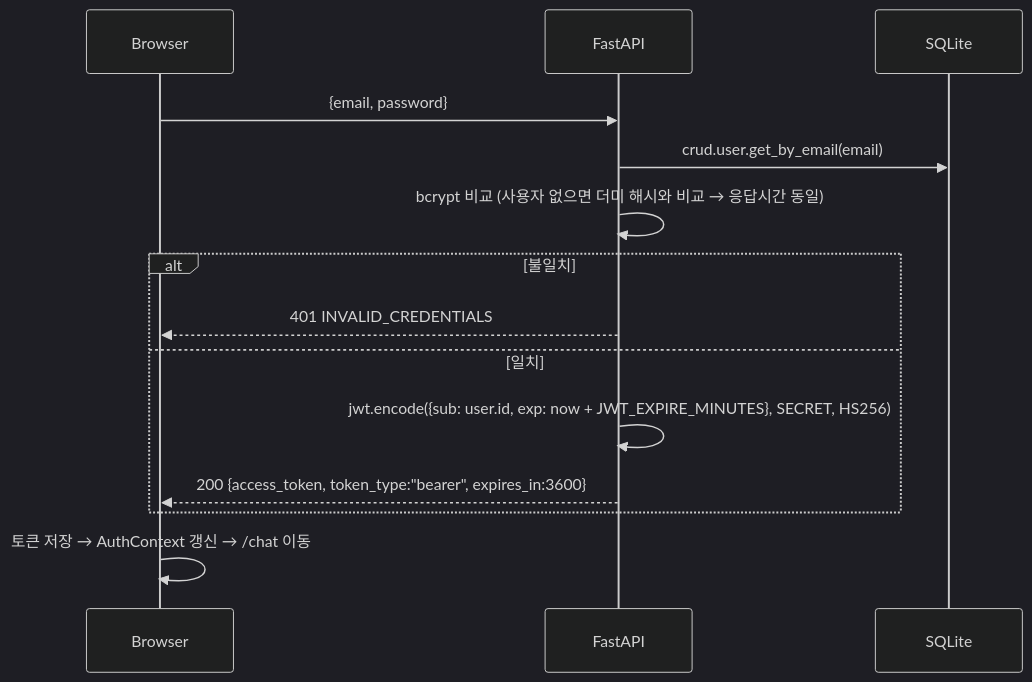
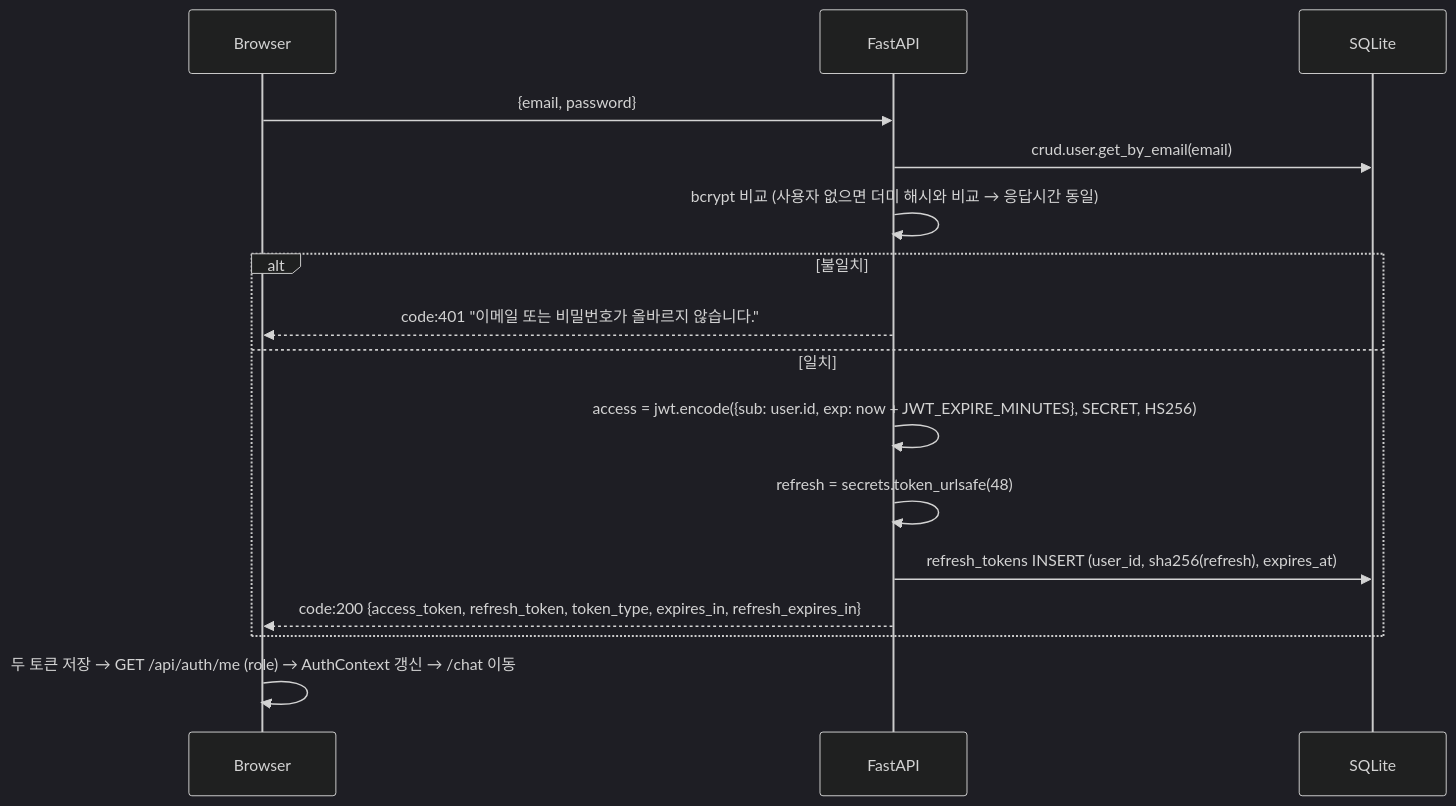
The third of 6 diagrams in docs/02-architecture.md (b7-1-chatbot-team/B7-1-chatbot), drawn with Mermaid (dark theme) before and after one commit. The commit also changed other lines of this file and 11 other files, not shown here.

````diff
--- a/docs/02-architecture.md
+++ b/docs/02-architecture.md
@@ -190,16 +209,18 @@
 ```mermaid
 sequenceDiagram
     participant B as Browser
     participant A as FastAPI
     participant D as SQLite
     B->>A: {email, password}
     A->>D: crud.user.get_by_email(email)
     A->>A: bcrypt 비교 (사용자 없으면 더미 해시와 비교 → 응답시간 동일)
     alt 불일치
-        A-->>B: 401 INVALID_CREDENTIALS
+        A-->>B: code:401 "이메일 또는 비밀번호가 올바르지 않습니다."
     else 일치
-        A->>A: jwt.encode({sub: user.id, exp: now + JWT_EXPIRE_MINUTES}, SECRET, HS256)
-        A-->>B: 200 {access_token, token_type:"bearer", expires_in:3600}
+        A->>A: access = jwt.encode({sub: user.id, exp: now + JWT_EXPIRE_MINUTES}, SECRET, HS256)
+        A->>A: refresh = secrets.token_urlsafe(48)
+        A->>D: refresh_tokens INSERT (user_id, sha256(refresh), expires_at)
+        A-->>B: code:200 {access_token, refresh_token, token_type, expires_in, refresh_expires_in}
     end
-    B->>B: 토큰 저장 → AuthContext 갱신 → /chat 이동
+    B->>B: 두 토큰 저장 → GET /api/auth/me (role) → AuthContext 갱신 → /chat 이동
 ```
````
